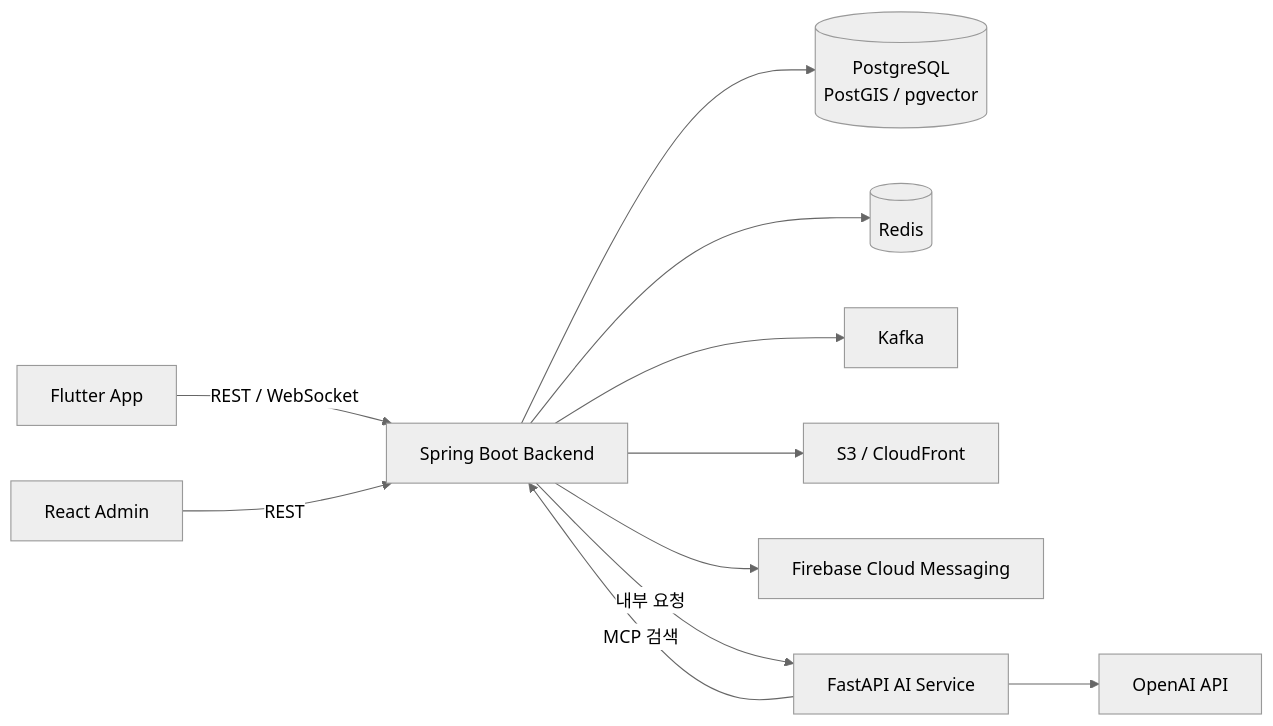
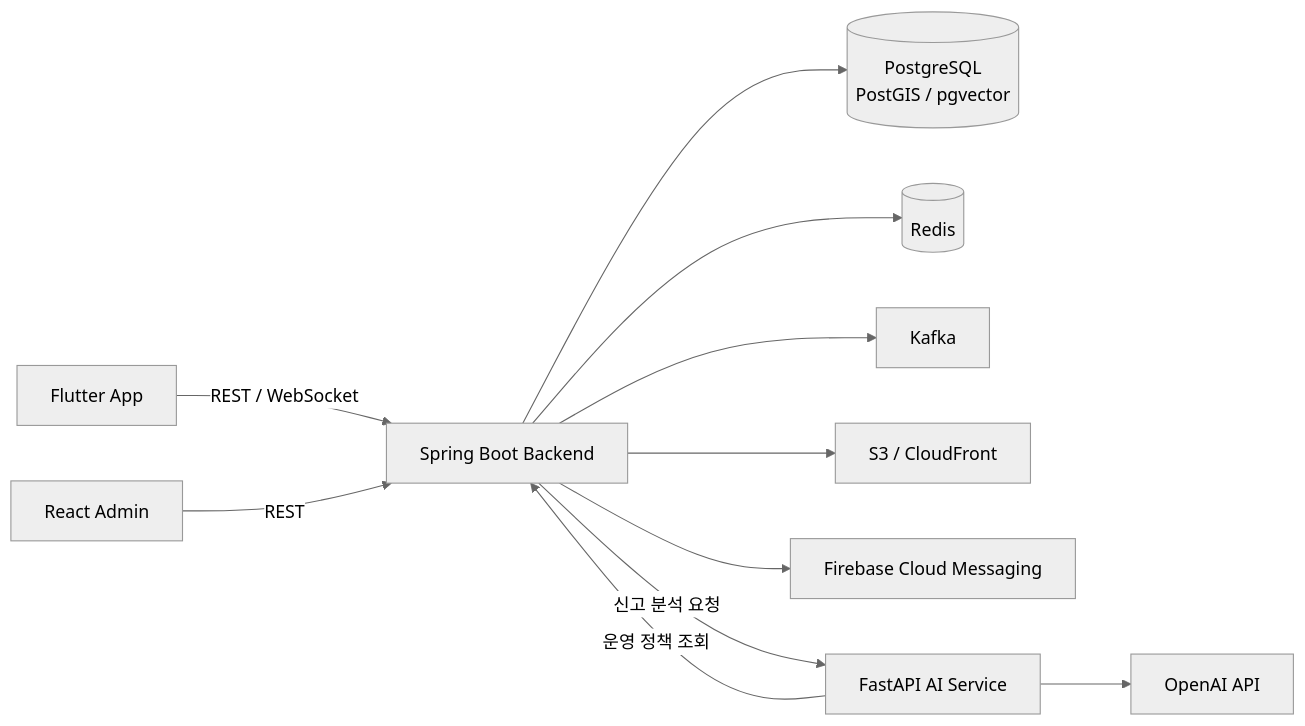
Before and after one commit to taemin3/meetple: the diagram in README.md, drawn with Mermaid (neutral theme). The commit also changed other lines of this file, not shown here.

Commit message:
docs: remove natural language meeting search

````diff
--- a/README.md
+++ b/README.md
@@ -28,15 +27,15 @@
 ```mermaid
 flowchart LR
     APP[Flutter App] -->|REST / WebSocket| API[Spring Boot Backend]
     ADMIN[React Admin] -->|REST| API
 
     API --> DB[(PostgreSQL\nPostGIS / pgvector)]
     API --> REDIS[(Redis)]
     API --> KAFKA[Kafka]
     API --> STORAGE[S3 / CloudFront]
     API --> PUSH[Firebase Cloud Messaging]
 
-    API -->|내부 요청| AI[FastAPI AI Service]
-    AI -->|MCP 검색| API
+    API -->|신고 분석 요청| AI[FastAPI AI Service]
+    AI -->|운영 정책 조회| API
     AI --> OPENAI[OpenAI API]
 ```
````
